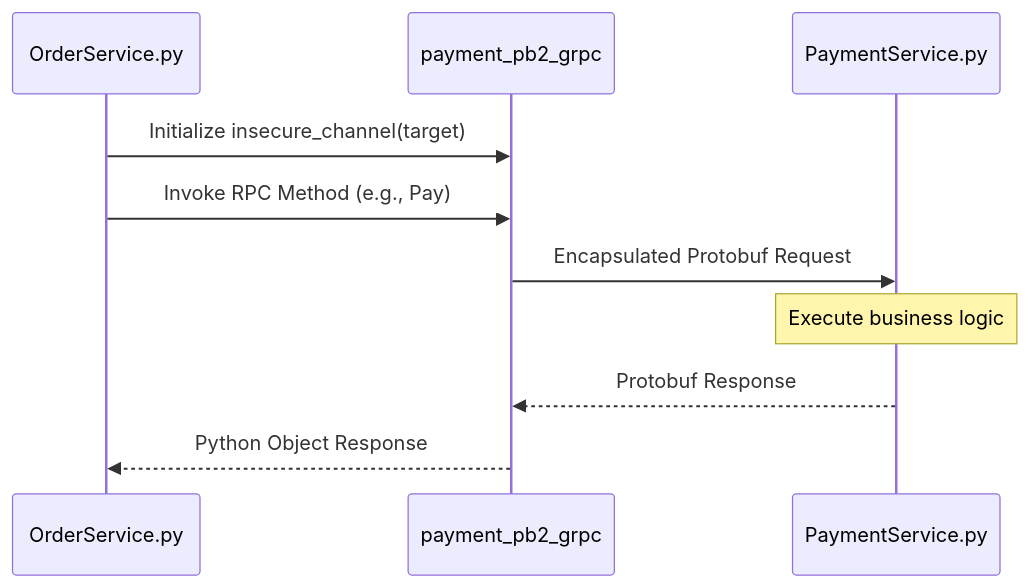
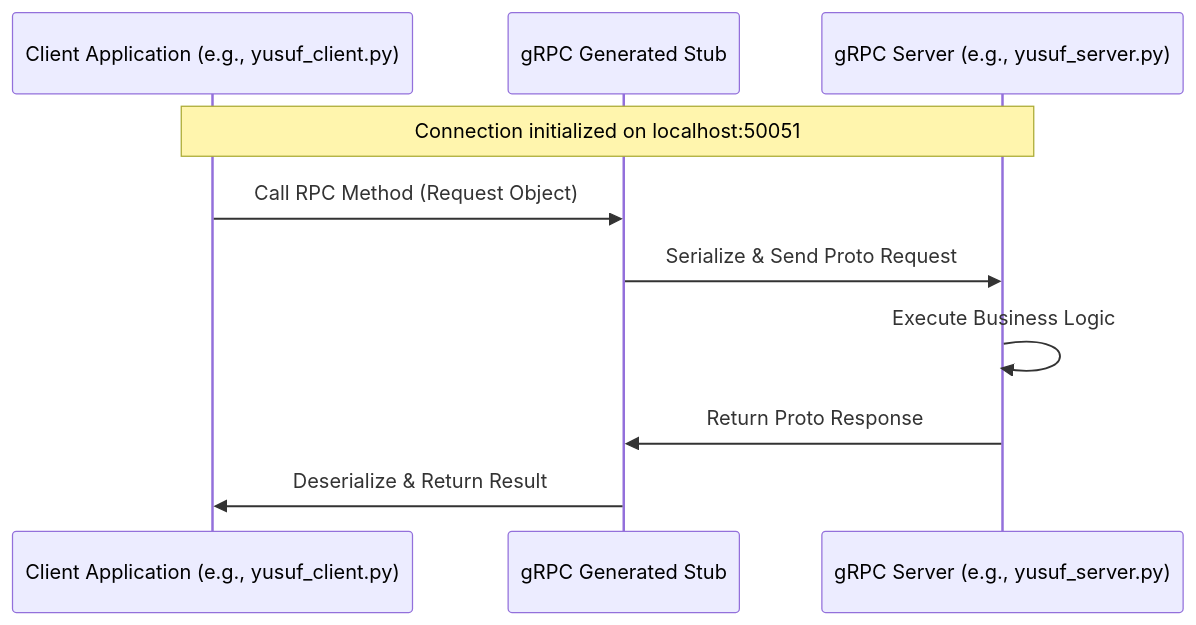
Before and after one commit to YusuffBulbul/GRPC_calisma: the second of 2 diagrams in README_ARCH.md, drawn with Mermaid. The commit also changed other lines of this file, not shown here.

````diff
--- a/README_ARCH.md
+++ b/README_ARCH.md
@@ -67,14 +71,14 @@
 ```mermaid
 sequenceDiagram
-    participant Client as OrderService.py
-    participant Stub as payment_pb2_grpc
-    participant Server as PaymentService.py
+    participant Client as Client Application (e.g., yusuf_client.py)
+    participant Stub as gRPC Generated Stub
+    participant Server as gRPC Server (e.g., yusuf_server.py)
 
-    Client->>Stub: Initialize insecure_channel(target)
-    Client->>Stub: Invoke RPC Method (e.g., Pay)
-    Stub->>Server: Encapsulated Protobuf Request
-    Note over Server: Execute business logic
-    Server-->>Stub: Protobuf Response
-    Stub-->>Client: Python Object Response
+    Note over Client, Server: Connection initialized on localhost:50051
+    Client->>Stub: Call RPC Method (Request Object)
+    Stub->>Server: Serialize & Send Proto Request
+    Server->>Server: Execute Business Logic
+    Server->>Stub: Return Proto Response
+    Stub->>Client: Deserialize & Return Result
 
 ```
````
